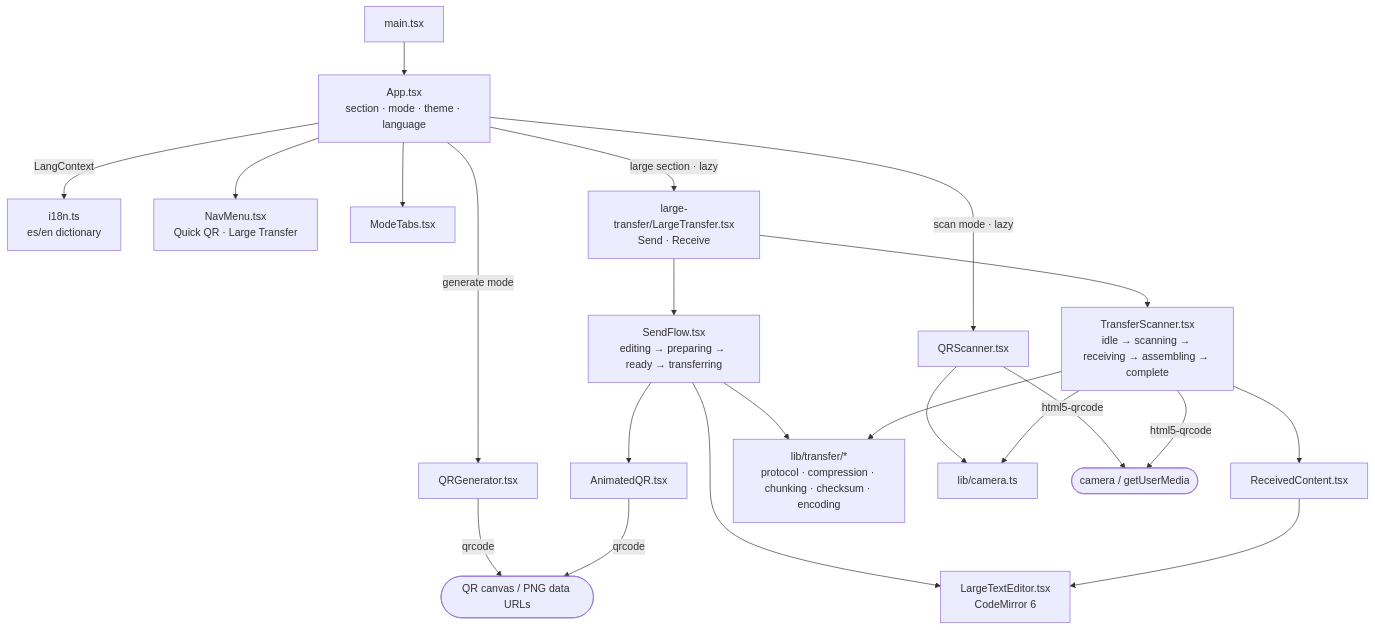
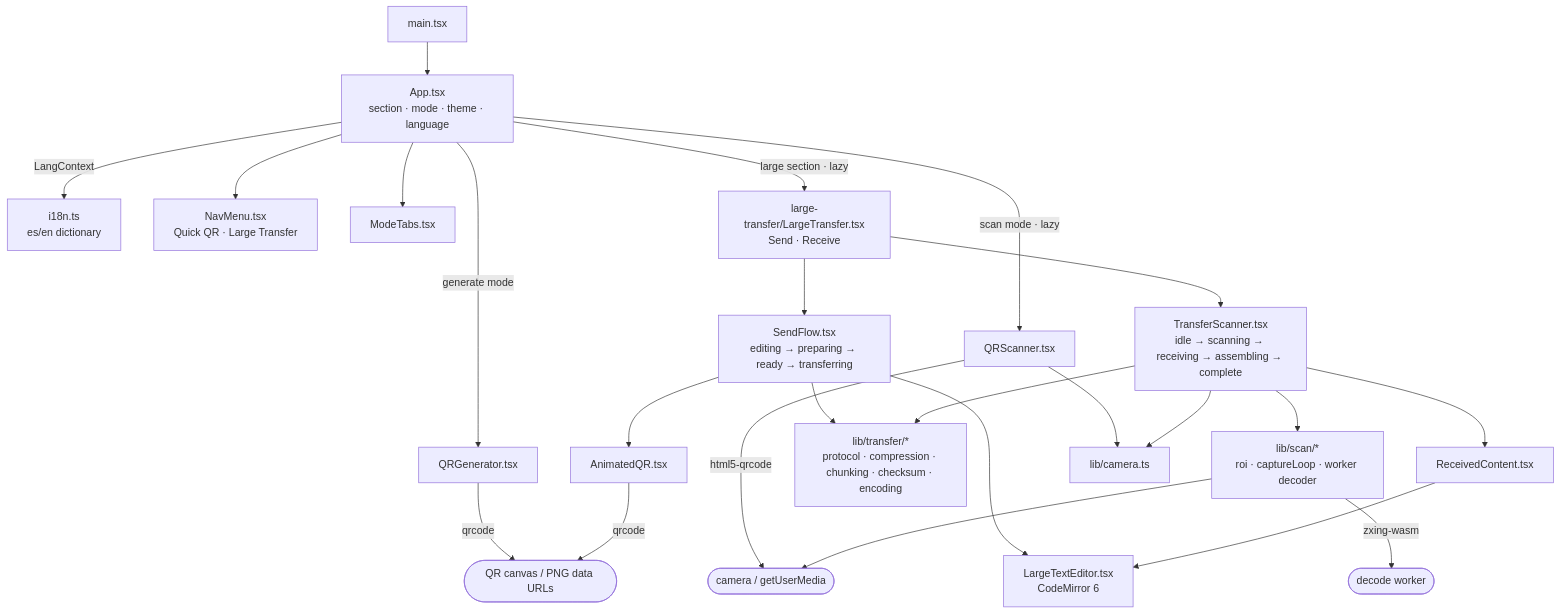
One commit to nico0695/qr-transfer changed the diagram in docs/technical-overview.md. Above: the diagram before and after it, drawn with Mermaid. The commit also changed other lines of this file and 14 other files, not shown here.

Commit message:
fix(scan): fall back when the decoder dies, and frame the viewfinder

````diff
--- a/docs/technical-overview.md
+++ b/docs/technical-overview.md
@@ -58,20 +59,23 @@
 ```mermaid
 flowchart TD
     main[main.tsx] --> App[App.tsx<br/>section · mode · theme · language]
     App -->|LangContext| i18n[i18n.ts<br/>es/en dictionary]
     App --> Nav[NavMenu.tsx<br/>Quick QR · Large Transfer]
     App --> ModeTabs[ModeTabs.tsx]
     App -->|generate mode| Gen[QRGenerator.tsx]
     App -->|scan mode · lazy| Scan[QRScanner.tsx]
     App -->|large section · lazy| LT[large-transfer/LargeTransfer.tsx<br/>Send · Receive]
     LT --> SendFlow[SendFlow.tsx<br/>editing → preparing → ready → transferring]
     LT --> Receiver[TransferScanner.tsx<br/>idle → scanning → receiving → assembling → complete]
     SendFlow --> Editor[LargeTextEditor.tsx<br/>CodeMirror 6]
     SendFlow --> AQR[AnimatedQR.tsx]
     Receiver --> Received[ReceivedContent.tsx]
     Received --> Editor
     SendFlow & Receiver --> Lib[lib/transfer/*<br/>protocol · compression · chunking · checksum · encoding]
+    Receiver --> ScanLib[lib/scan/*<br/>roi · captureLoop · worker decoder]
     Scan & Receiver --> Cam[lib/camera.ts]
     Gen & AQR -->|qrcode| QR([QR canvas / PNG data URLs])
-    Scan & Receiver -->|html5-qrcode| Camera([camera / getUserMedia])
+    ScanLib -->|zxing-wasm| Worker([decode worker])
+    Scan --> |html5-qrcode| Camera([camera / getUserMedia])
+    ScanLib --> Camera
 ```
````
